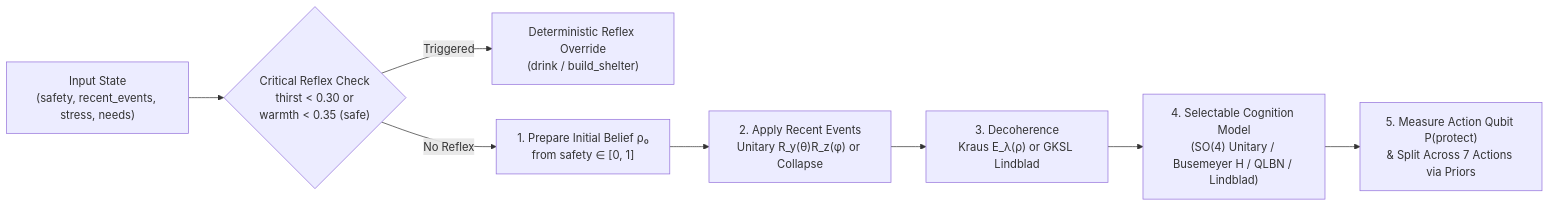
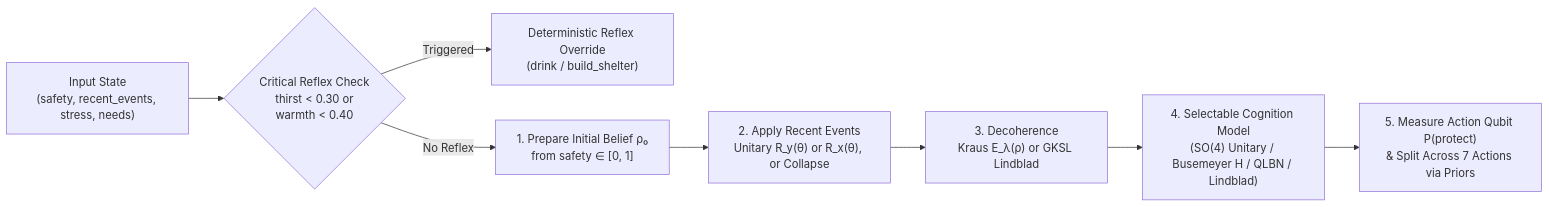
One commit to Muammal/Qiskit-Fest-Qognition changed the diagram in docs/TECH_A_QUANTUM_MIND.md. Above: the diagram before and after it, drawn with Mermaid. The commit also changed other lines of this file and 21 other files, not shown here.

````diff
--- a/docs/TECH_A_QUANTUM_MIND.md
+++ b/docs/TECH_A_QUANTUM_MIND.md
@@ -14,10 +14,10 @@
 ```mermaid
 flowchart LR
-    S["Input State\n(safety, recent_events, stress, needs)"] --> R{"Critical Reflex Check\nthirst < 0.30 or\nwarmth < 0.35 (safe)"}
+    S["Input State\n(safety, recent_events, stress, needs)"] --> R{"Critical Reflex Check\nthirst < 0.30 or\nwarmth < 0.40"}
     R -- "Triggered" --> REF["Deterministic Reflex Override\n(drink / build_shelter)"]
     R -- "No Reflex" --> B0["1. Prepare Initial Belief ρ₀\nfrom safety ∈ [0, 1]"]
-    B0 --> EV["2. Apply Recent Events\nUnitary R_y(θ)R_z(φ) or Collapse"]
+    B0 --> EV["2. Apply Recent Events\nUnitary R_y(θ) or R_x(θ), or Collapse"]
     EV --> DEC["3. Decoherence\nKraus E_λ(ρ) or GKSL Lindblad"]
     DEC --> DEL["4. Selectable Cognition Model\n(SO(4) Unitary / Busemeyer H / QLBN / Lindblad)"]
     DEL --> POOL["5. Measure Action Qubit P(protect)\n& Split Across 7 Actions via Priors"]
 ```
````
